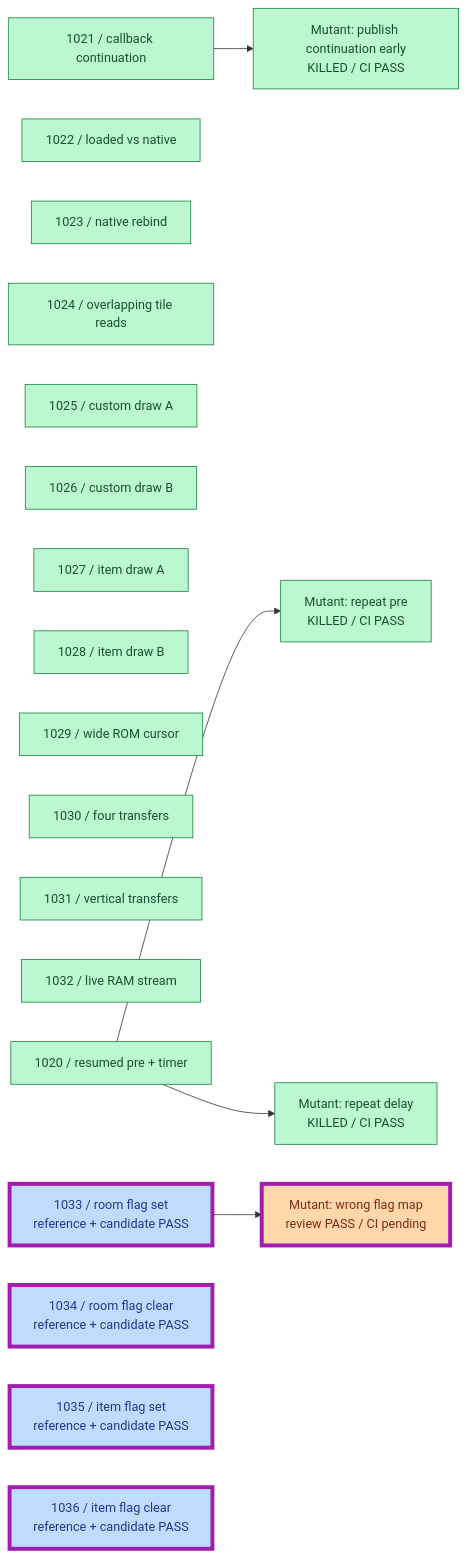
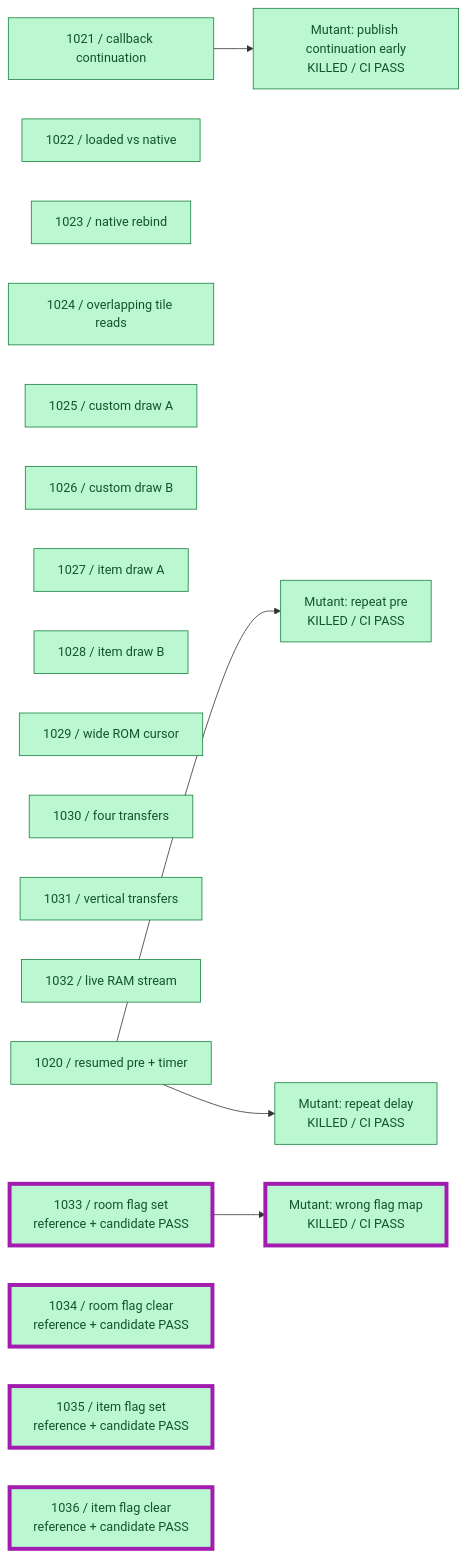
One commit to JimLundin/sm-decomp changed the second of 9 diagrams in PROGRESS.md. Above: the diagram before and after it, drawn with Mermaid. The commit also changed other lines of this file and 2 other files, not shown here.

Commit message:
Record four room mutation kills and hosted candidate build pass

````diff
--- a/PROGRESS.md
+++ b/PROGRESS.md
@@ -72,29 +75,29 @@
 ```mermaid
 flowchart LR
     C21["1021 / callback continuation"]:::done
     C22["1022 / loaded vs native"]:::done
     C23["1023 / native rebind"]:::done
     C24["1024 / overlapping tile reads"]:::done
     C25["1025 / custom draw A"]:::done
     C26["1026 / custom draw B"]:::done
     C27["1027 / item draw A"]:::done
     C28["1028 / item draw B"]:::done
     C29["1029 / wide ROM cursor"]:::done
     C30["1030 / four transfers"]:::done
     C31["1031 / vertical transfers"]:::done
     C32["1032 / live RAM stream"]:::done
     C20["1020 / resumed pre + timer"]:::done --> MP["Mutant: repeat pre<br/>KILLED / CI PASS"]:::done
     C20 --> MD["Mutant: repeat delay<br/>KILLED / CI PASS"]:::done
     C21 --> MC["Mutant: publish continuation early<br/>KILLED / CI PASS"]:::done
-    C33["1033 / room flag set<br/>reference + candidate PASS"]:::checked --> MF["Mutant: wrong flag map<br/>review PASS / CI pending"]:::active
-    C34["1034 / room flag clear<br/>reference + candidate PASS"]:::checked
-    C35["1035 / item flag set<br/>reference + candidate PASS"]:::checked
-    C36["1036 / item flag clear<br/>reference + candidate PASS"]:::checked
+    C33["1033 / room flag set<br/>reference + candidate PASS"]:::done --> MF["Mutant: wrong flag map<br/>KILLED / CI PASS"]:::done
+    C34["1034 / room flag clear<br/>reference + candidate PASS"]:::done
+    C35["1035 / item flag set<br/>reference + candidate PASS"]:::done
+    C36["1036 / item flag clear<br/>reference + candidate PASS"]:::done
     class C33,C34,C35,C36,MF changed
     classDef done fill:#bbf7d0,stroke:#15803d,color:#14532d
     classDef checked fill:#bfdbfe,stroke:#2563eb,color:#1e3a8a
     classDef active fill:#fed7aa,stroke:#ea580c,color:#7c2d12
     classDef pending fill:#f1f5f9,stroke:#94a3b8,color:#475569,stroke-dasharray:5 5
     classDef failed fill:#fecaca,stroke:#dc2626,color:#7f1d1d
     classDef changed stroke:#a21caf,stroke-width:5px
 ```
````
